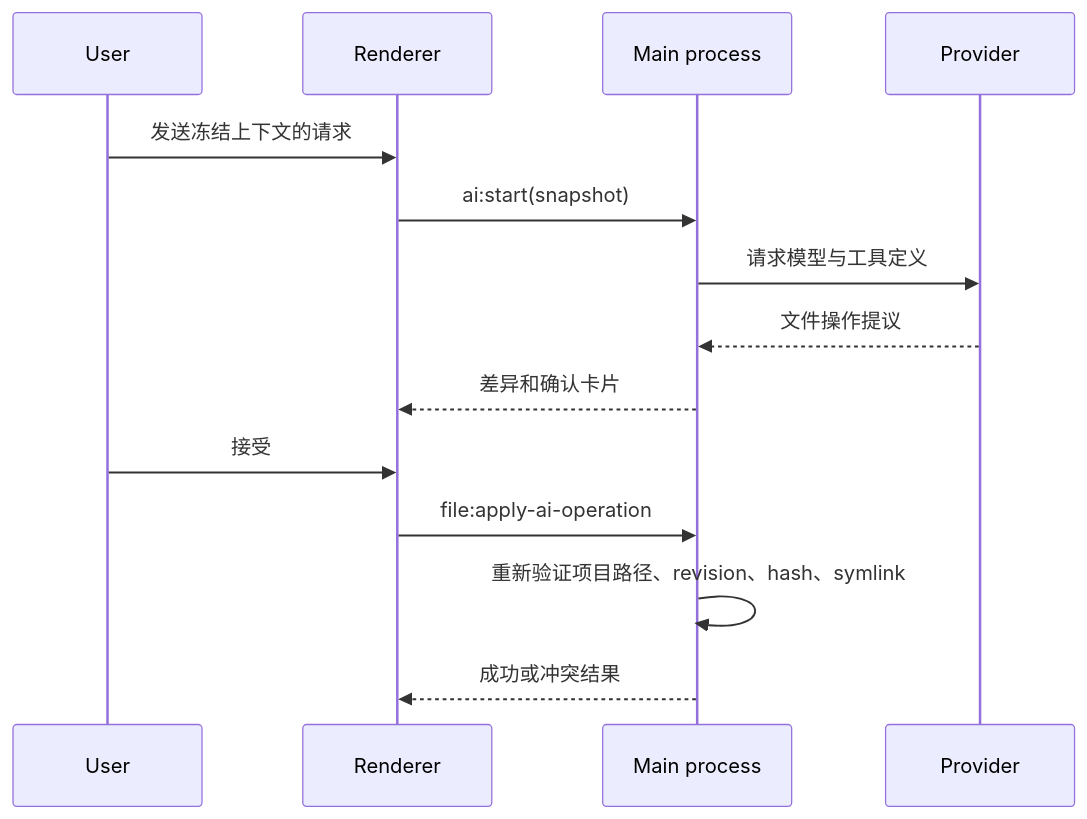
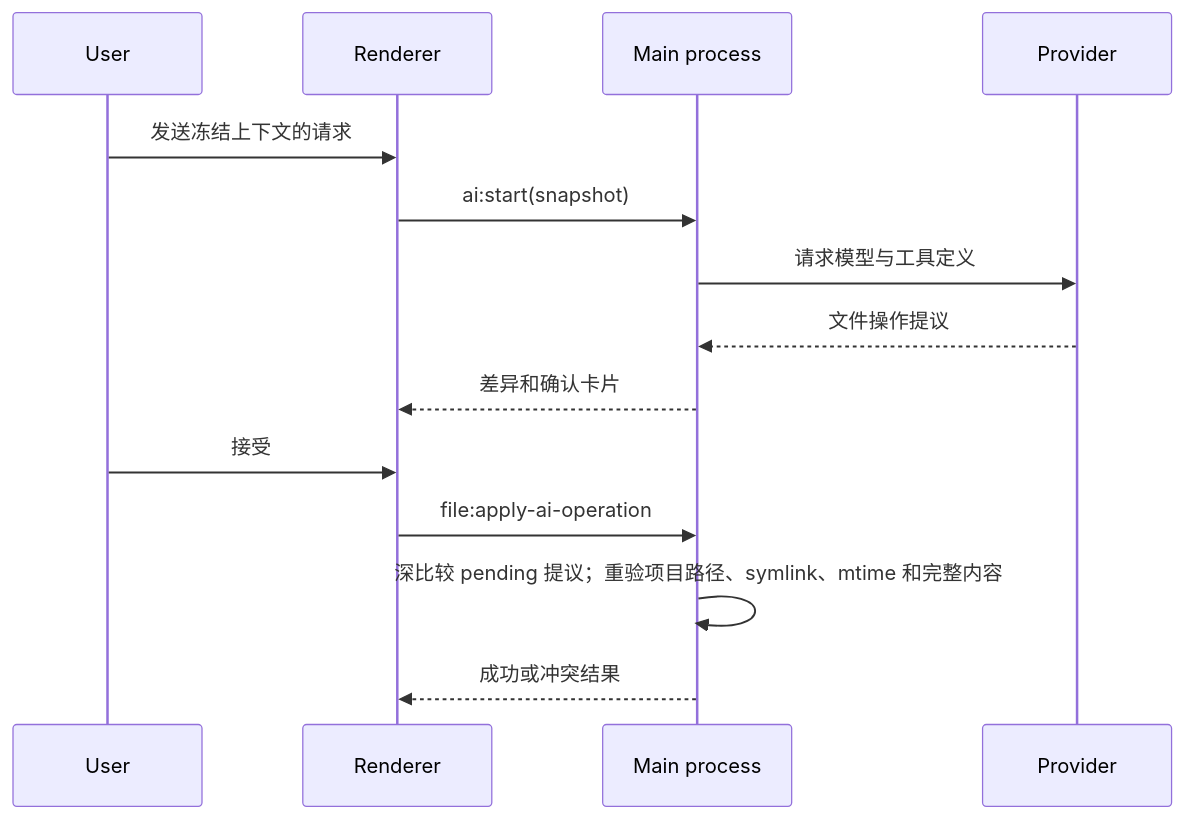
The third of 4 diagrams in docs/architecture.md (UESTC-ly/CoScribe), drawn with Mermaid before and after one commit. The commit also changed other lines of this file and 96 other files, not shown here.

````diff
--- a/docs/architecture.md
+++ b/docs/architecture.md
@@ -77,16 +77,16 @@
 ```mermaid
 sequenceDiagram
   participant U as User
   participant R as Renderer
   participant M as Main process
   participant AI as Provider
   U->>R: 发送冻结上下文的请求
   R->>M: ai:start(snapshot)
   M->>AI: 请求模型与工具定义
   AI-->>M: 文件操作提议
   M-->>R: 差异和确认卡片
   U->>R: 接受
   R->>M: file:apply-ai-operation
-  M->>M: 重新验证项目路径、revision、hash、symlink
+  M->>M: 深比较 pending 提议；重验项目路径、symlink、mtime 和完整内容
   M-->>R: 成功或冲突结果
 ```
````
